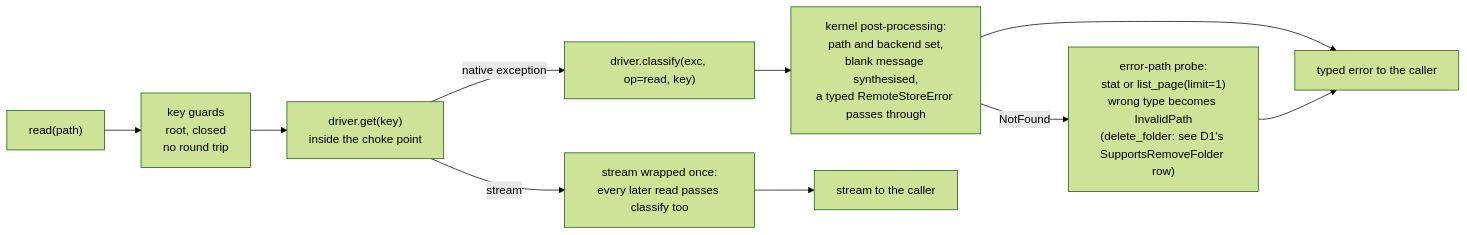
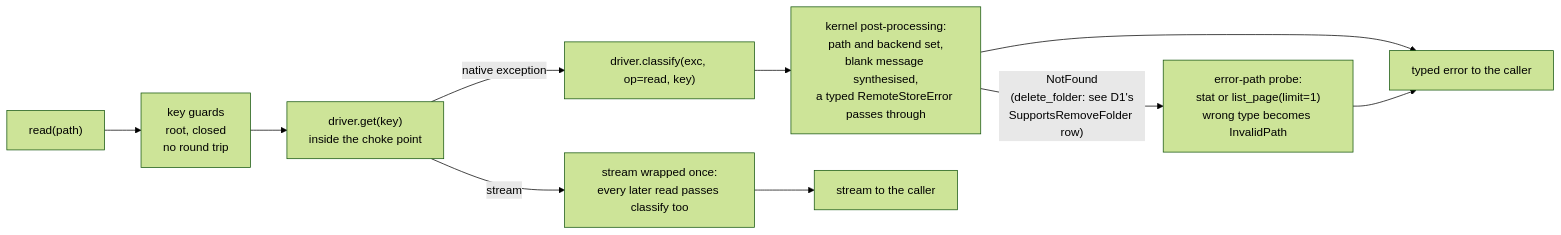
The second of 2 diagrams in sdd/rfcs/rfc-0017-contract-kernel-over-thin-drivers.md (haalfi/remote-store), drawn with Mermaid (forest theme) before and after one commit. The commit also changed other lines of this file and 5 other files, not shown here.

First line of the commit message:
BK-389: Round 4 fixes: Local's real rmdir classifier, delete_folder without the protocol, spec scope

````diff
--- a/sdd/rfcs/rfc-0017-contract-kernel-over-thin-drivers.md
+++ b/sdd/rfcs/rfc-0017-contract-kernel-over-thin-drivers.md
@@ -305,12 +305,12 @@
 ```mermaid
 flowchart LR
   call["read(path)"] --> guard["key guards<br/>root, closed<br/>no round trip"]
   guard --> prim["driver.get(key)<br/>inside the choke point"]
   prim -->|stream| wrap["stream wrapped once:<br/>every later read passes classify too"]
   prim -->|native exception| cls["driver.classify(exc, op=read, key)"]
   cls --> post["kernel post-processing:<br/>path and backend set,<br/>blank message synthesised,<br/>a typed RemoteStoreError passes through"]
-  post -->|NotFound| probe["error-path probe:<br/>stat or list_page(limit=1)<br/>wrong type becomes InvalidPath<br/>(delete_folder: see D1's SupportsRemoveFolder row)"]
+  post -->|"NotFound<br/>(delete_folder: see D1's<br/>SupportsRemoveFolder row)"| probe["error-path probe:<br/>stat or list_page(limit=1)<br/>wrong type becomes InvalidPath"]
   post --> raise["typed error to the caller"]
   probe --> raise
   wrap --> caller["stream to the caller"]
 ```
````
